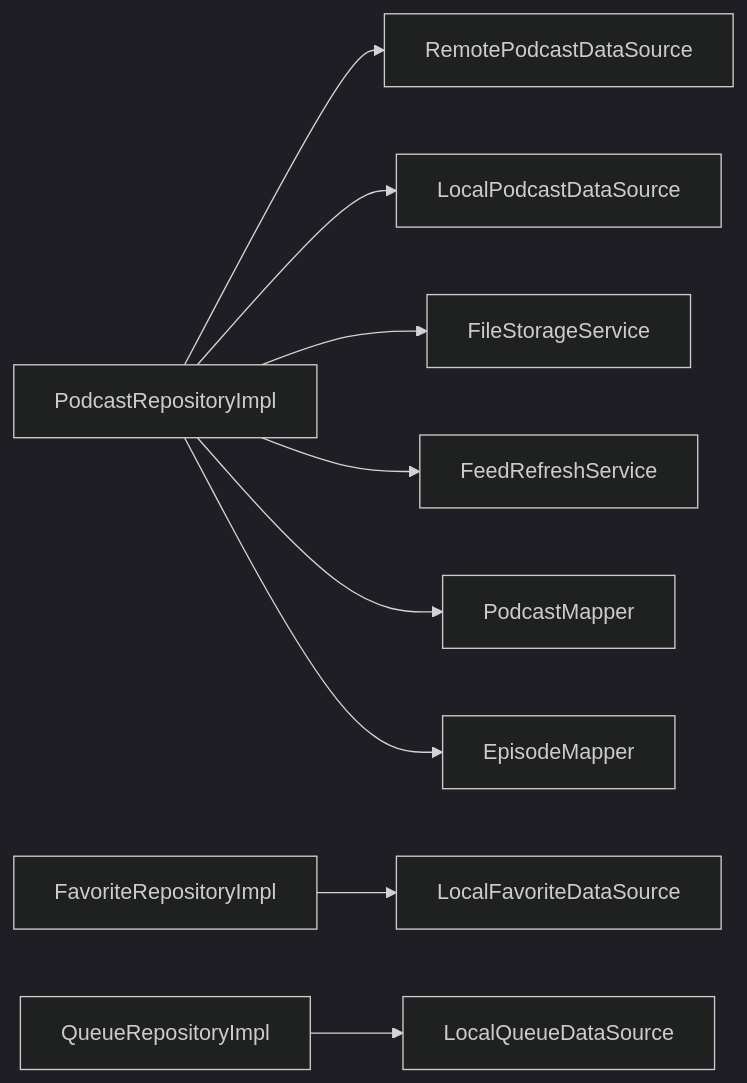
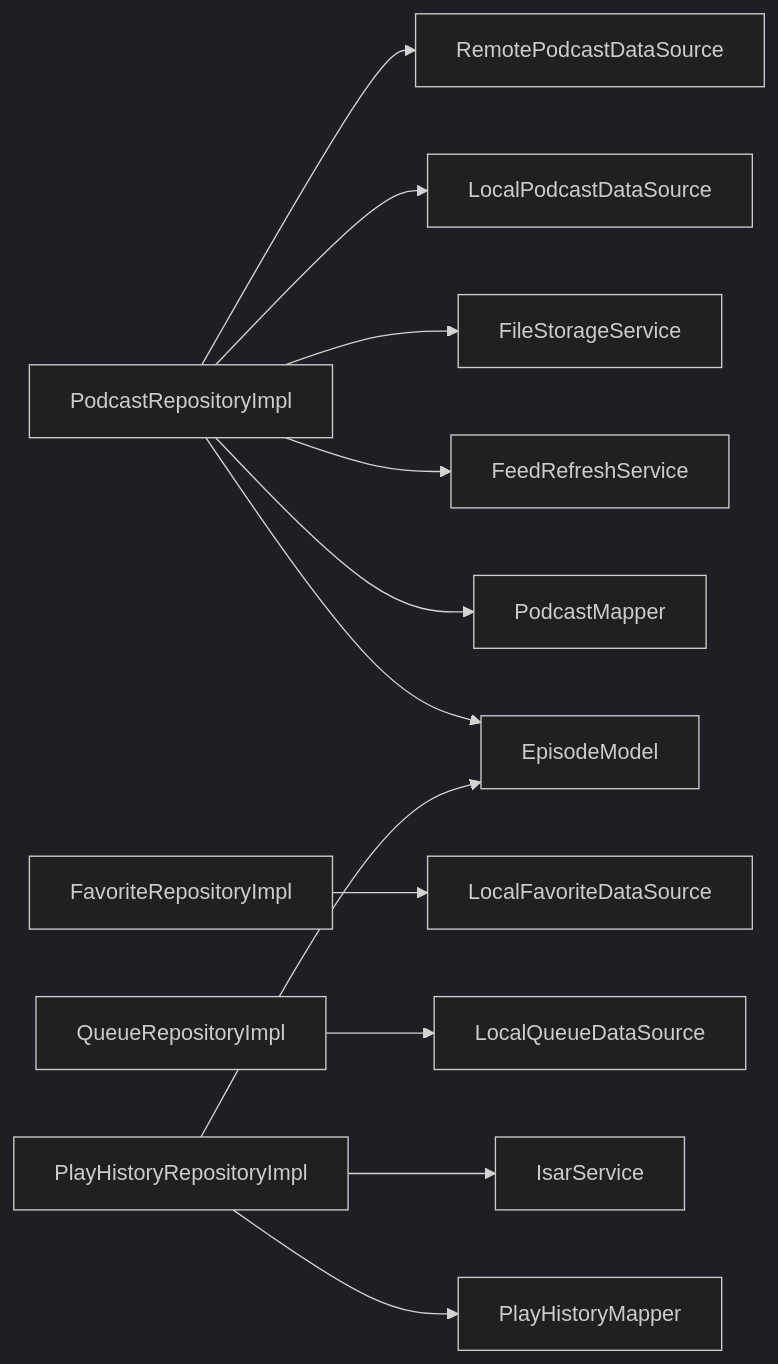
One commit to ZTfer/Tinycast changed the ninth of 9 diagrams in .qoder/repowiki/zh/content/架构设计/设计模式应用/Repository Pattern（仓库模式）.md. Above: the diagram before and after it, drawn with Mermaid (dark theme). The commit also changed other lines of this file and 187 other files, not shown here.

````diff
--- a/.qoder/repowiki/zh/content/架构设计/设计模式应用/Repository Pattern（仓库模式）.md
+++ b/.qoder/repowiki/zh/content/架构设计/设计模式应用/Repository Pattern（仓库模式）.md
@@ -351,11 +457,14 @@
 ```mermaid
 graph LR
 PRI["PodcastRepositoryImpl"] --> RPDS["RemotePodcastDataSource"]
 PRI --> LPDS["LocalPodcastDataSource"]
 PRI --> FSS["FileStorageService"]
 PRI --> FRS["FeedRefreshService"]
 PRI --> PM["PodcastMapper"]
 PRI --> EM["EpisodeMapper"]
 FRI["FavoriteRepositoryImpl"] --> LFDS["LocalFavoriteDataSource"]
 QRI["QueueRepositoryImpl"] --> LQDS["LocalQueueDataSource"]
+PHRI["PlayHistoryRepositoryImpl"] --> IS["IsarService"]
+PHRI --> PHM["PlayHistoryMapper"]
+PHRI --> EM["EpisodeModel"]
 ```
````
